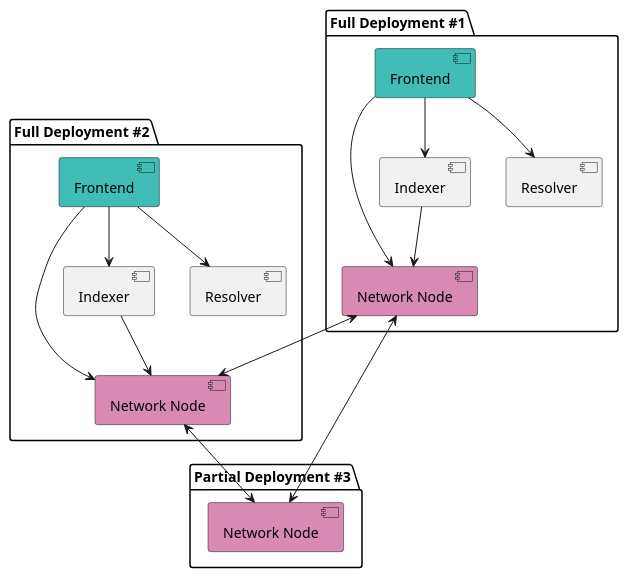
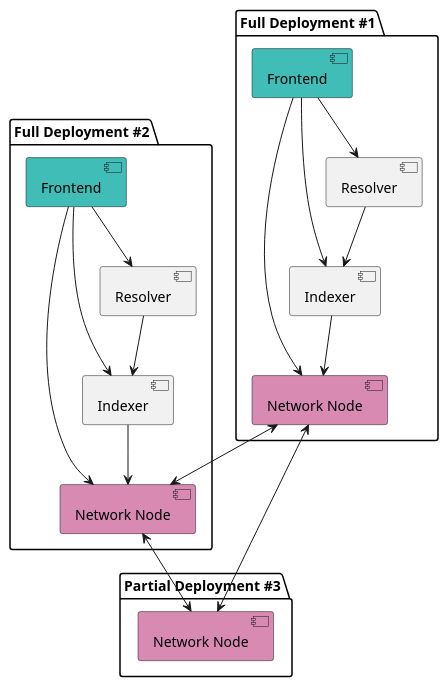
The diagram in docs/run/getting-started/10-infrastructure.md (verana-labs/verana-docs), drawn with PlantUML before and after one commit. The commit also changed 1 other file, not shown here.

Commit message:
schema updates

````diff
--- a/docs/run/getting-started/10-infrastructure.md
+++ b/docs/run/getting-started/10-infrastructure.md
@@ -14,46 +14,48 @@
 ```plantuml
 @startuml
 
 package "Full Deployment #1" as deploy1  {
     [Network Node] as vpr1 #D88AB3
 
     [Indexer] as idx1
     [Resolver] as rslv1
     [Frontend] as frontend1 #3fbdb6
 
     idx1 --> vpr1
     frontend1 --> idx1
     frontend1 --> rslv1
     frontend1 --> vpr1
+    rslv1 --> idx1
 
 
 }
 
 package "Full Deployment #2" as deploy2  {
     [Network Node] as vpr2 #D88AB3
 
     
     [Indexer] as idx2 
     [Resolver] as rslv2
     [Frontend] as frontend2 #3fbdb6
 
     idx2 --> vpr2
     frontend2 --> idx2
     frontend2 --> rslv2
     frontend2 --> vpr2
+    rslv2 --> idx2
 
 }
 
 package "Partial Deployment #3" as deploy3  {
     [Network Node] as vpr3 #D88AB3
 
 
 }
 
 vpr1 <--> vpr2
 vpr2 <--> vpr3
 vpr3 <--> vpr1
 
 @enduml
 
 ```
````
